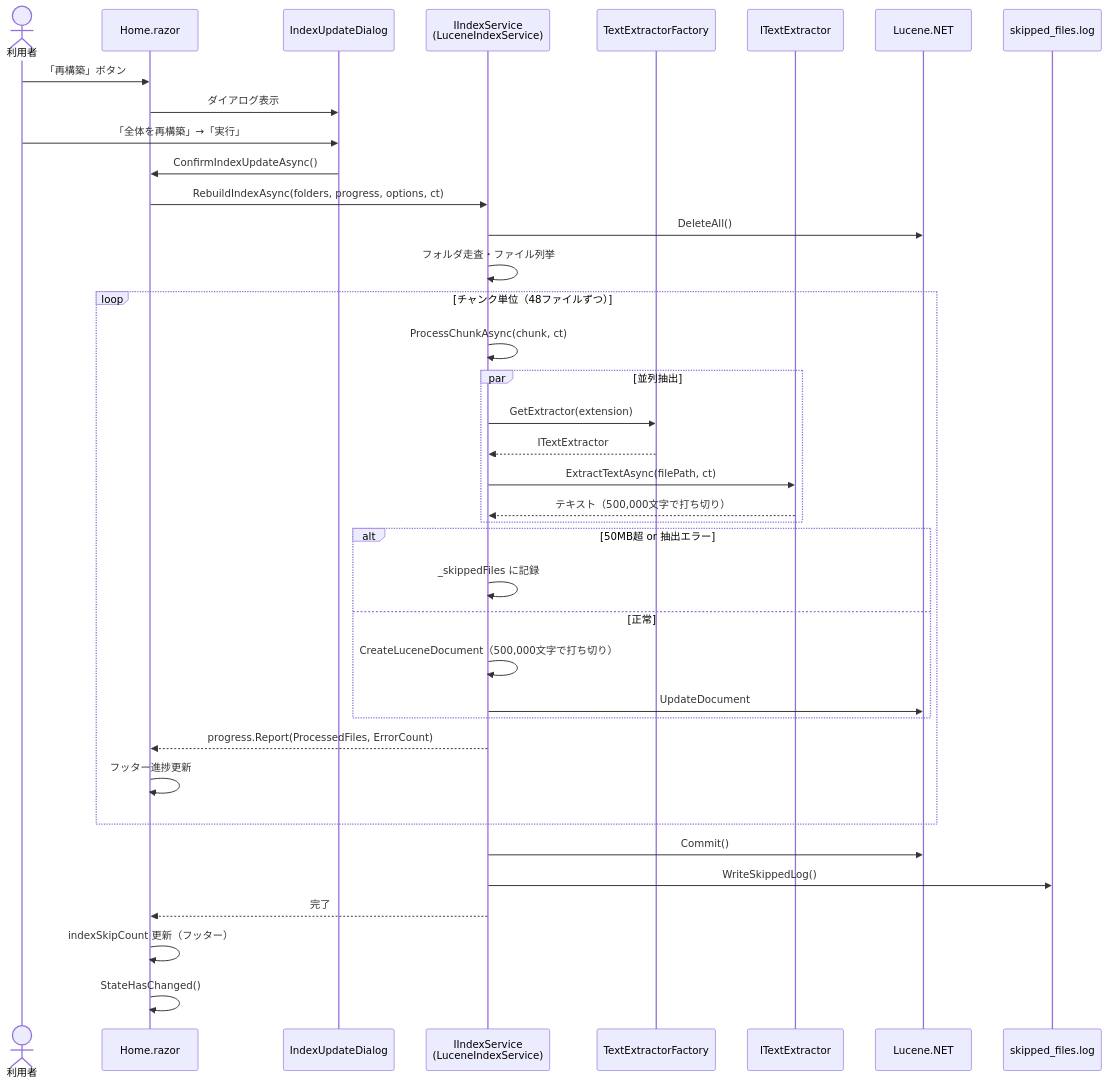
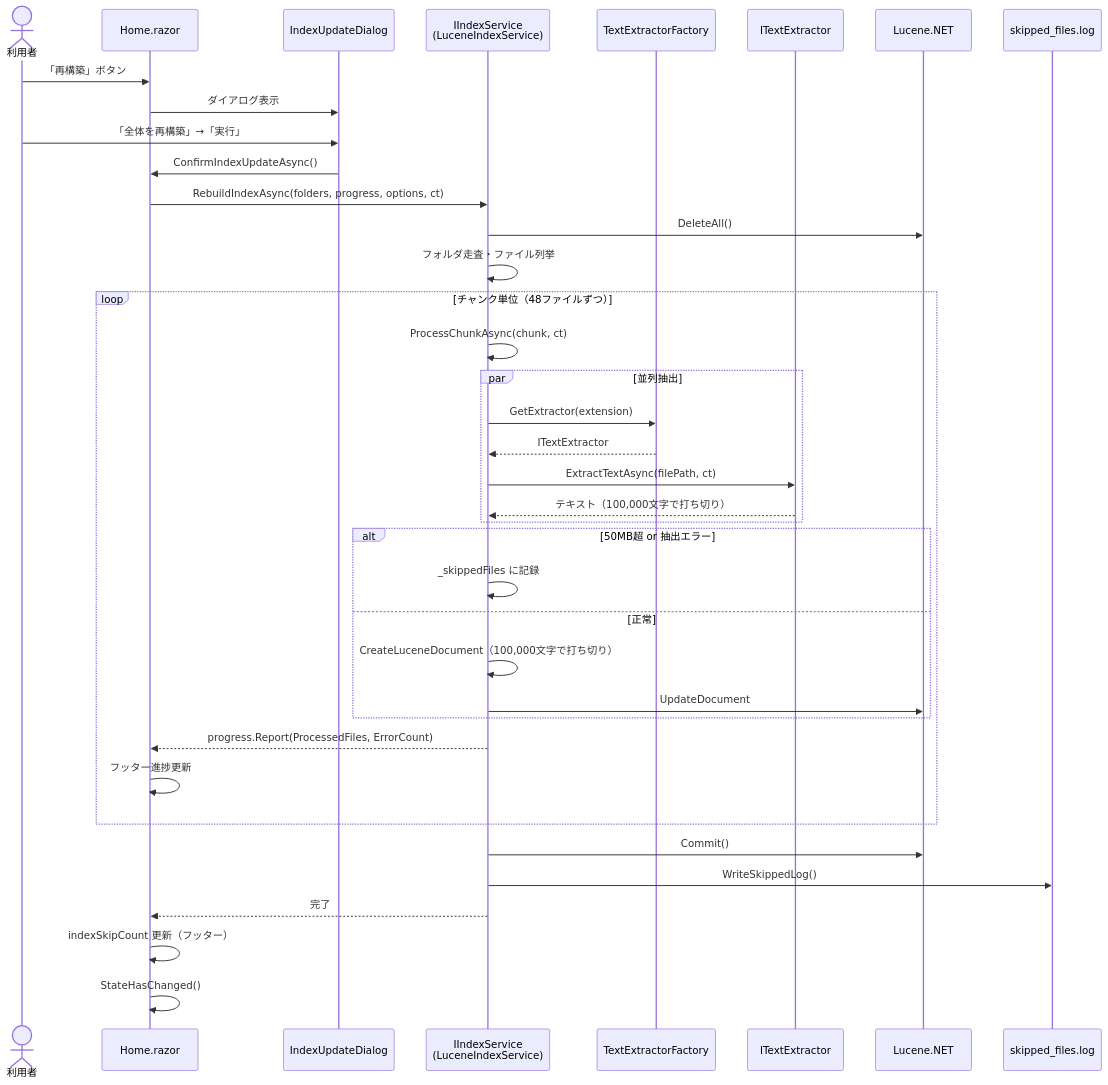
Before and after one commit to zndmonya-dot/FileSearchApp-: the seventh of 15 diagrams in docs/UML図.md, drawn with Mermaid. The commit also changed 8 other files, not shown here.

````diff
--- a/docs/UML図.md
+++ b/docs/UML図.md
@@ -455,47 +455,47 @@
 ```mermaid
 sequenceDiagram
     actor User as 利用者
     participant Home as Home.razor
     participant Dialog as IndexUpdateDialog
     participant Index as IIndexService<br/>(LuceneIndexService)
     participant Factory as TextExtractorFactory
     participant Ext as ITextExtractor
     participant Lucene as Lucene.NET
     participant Log as skipped_files.log
 
     User->>Home: 「再構築」ボタン
     Home->>Dialog: ダイアログ表示
     User->>Dialog: 「全体を再構築」→「実行」
     Dialog->>Home: ConfirmIndexUpdateAsync()
     Home->>Index: RebuildIndexAsync(folders, progress, options, ct)
     Index->>Lucene: DeleteAll()
     Index->>Index: フォルダ走査・ファイル列挙
 
     loop チャンク単位（48ファイルずつ）
         Index->>Index: ProcessChunkAsync(chunk, ct)
 
         par 並列抽出
             Index->>Factory: GetExtractor(extension)
             Factory-->>Index: ITextExtractor
             Index->>Ext: ExtractTextAsync(filePath, ct)
-            Ext-->>Index: テキスト（500,000文字で打ち切り）
+            Ext-->>Index: テキスト（100,000文字で打ち切り）
         end
 
         alt 50MB超 or 抽出エラー
             Index->>Index: _skippedFiles に記録
         else 正常
-            Index->>Index: CreateLuceneDocument（500,000文字で打ち切り）
+            Index->>Index: CreateLuceneDocument（100,000文字で打ち切り）
             Index->>Lucene: UpdateDocument
         end
 
         Index-->>Home: progress.Report(ProcessedFiles, ErrorCount)
         Home->>Home: フッター進捗更新
     end
 
     Index->>Lucene: Commit()
     Index->>Log: WriteSkippedLog()
     Index-->>Home: 完了
 
     Home->>Home: indexSkipCount 更新（フッター）
     Home->>Home: StateHasChanged()
 ```
````
